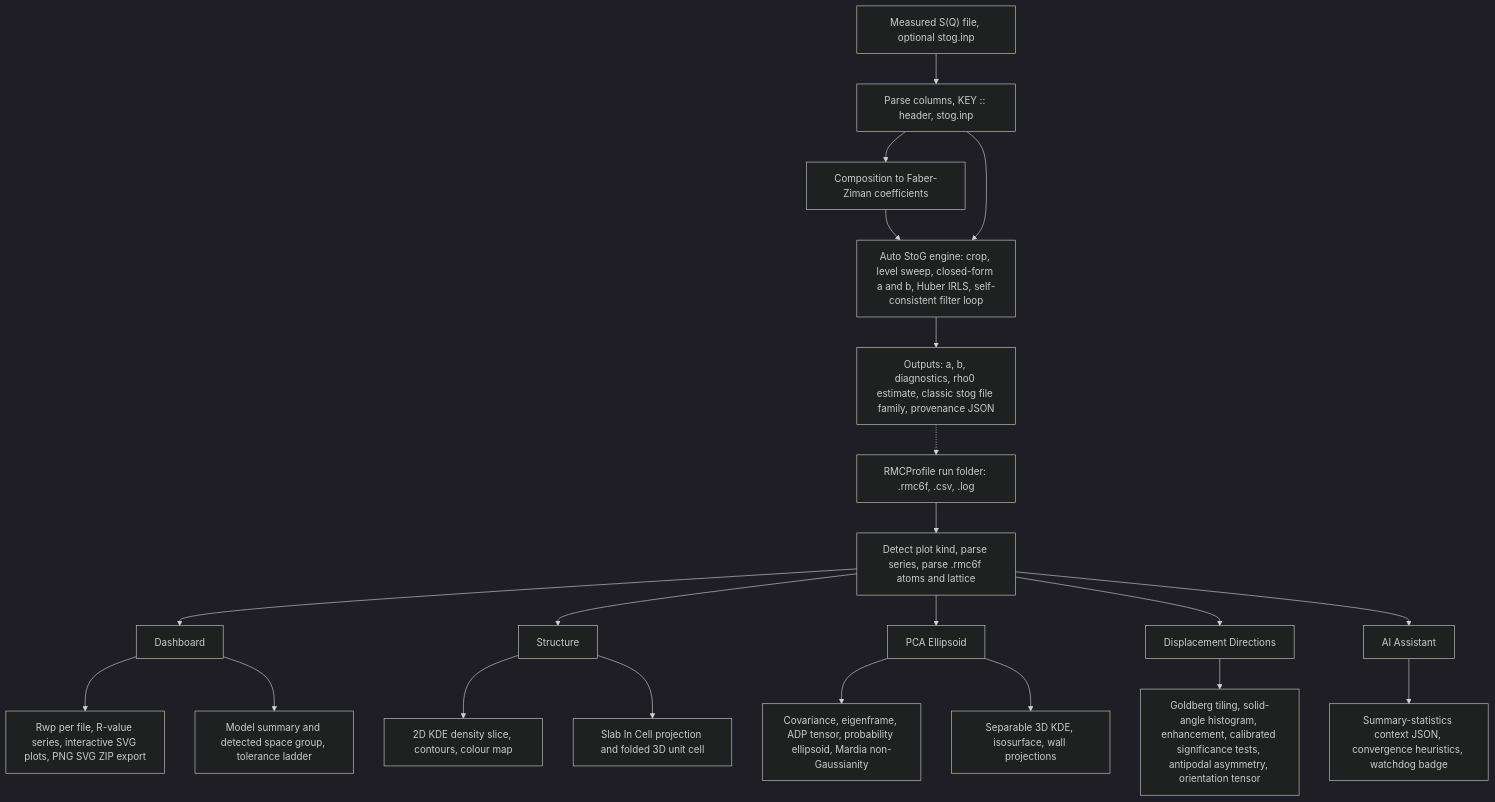
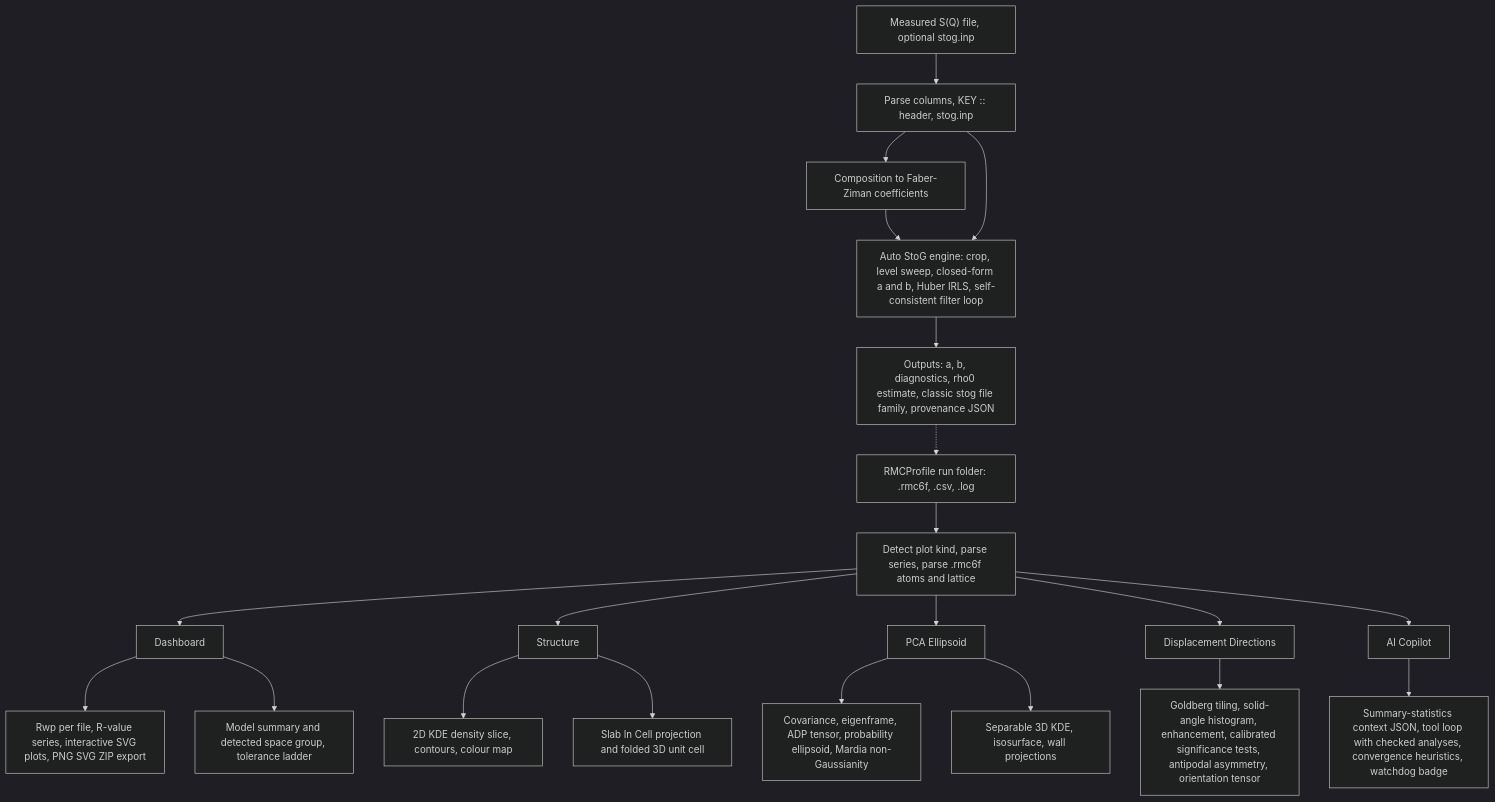
One commit to drthyang/rmc-toolkits changed the diagram in docs/ALGORITHMS.md. Above: the diagram before and after it, drawn with Mermaid (dark theme). The commit also changed other lines of this file and 84 other files, not shown here.

First line of the commit message:
AI Copilot: a tool-calling chatbox that runs and checks the analyses (#55)

````diff
--- a/docs/ALGORITHMS.md
+++ b/docs/ALGORITHMS.md
@@ -53,53 +53,53 @@
 ```mermaid
 flowchart TD
   SQ["Measured S(Q) file, optional stog.inp"]
   RUN["RMCProfile run folder: .rmc6f, .csv, .log"]
 
   PSQ["Parse columns, KEY :: header, stog.inp"]
   FZ["Composition to Faber-Ziman coefficients"]
   ENG["Auto StoG engine: crop, level sweep, closed-form a and b, Huber IRLS, self-consistent filter loop"]
   EXP["Outputs: a, b, diagnostics, rho0 estimate, classic stog file family, provenance JSON"]
 
   PRUN["Detect plot kind, parse series, parse .rmc6f atoms and lattice"]
 
   DASH["Dashboard"]
   MET["Rwp per file, R-value series, interactive SVG plots, PNG SVG ZIP export"]
   SYM["Model summary and detected space group, tolerance ladder"]
 
   STR["Structure"]
   KDE["2D KDE density slice, contours, colour map"]
   SLAB["Slab In Cell projection and folded 3D unit cell"]
 
   PCA["PCA Ellipsoid"]
   ADP["Covariance, eigenframe, ADP tensor, probability ellipsoid, Mardia non-Gaussianity"]
   VOL["Separable 3D KDE, isosurface, wall projections"]
 
   DIR["Displacement Directions"]
   ORI["Goldberg tiling, solid-angle histogram, enhancement, calibrated significance tests, antipodal asymmetry, orientation tensor"]
 
-  AI["AI Assistant"]
-  CTX["Summary-statistics context JSON, convergence heuristics, watchdog badge"]
+  AI["AI Copilot"]
+  CTX["Summary-statistics context JSON, tool loop with checked analyses, convergence heuristics, watchdog badge"]
 
   SQ --> PSQ
   PSQ --> FZ
   FZ --> ENG
   PSQ --> ENG
   ENG --> EXP
   EXP -.-> RUN
 
   RUN --> PRUN
   PRUN --> DASH
   PRUN --> STR
   PRUN --> PCA
   PRUN --> DIR
   PRUN --> AI
 
   DASH --> MET
   DASH --> SYM
   STR --> KDE
   STR --> SLAB
   PCA --> ADP
   PCA --> VOL
   DIR --> ORI
   AI --> CTX
 ```
````
